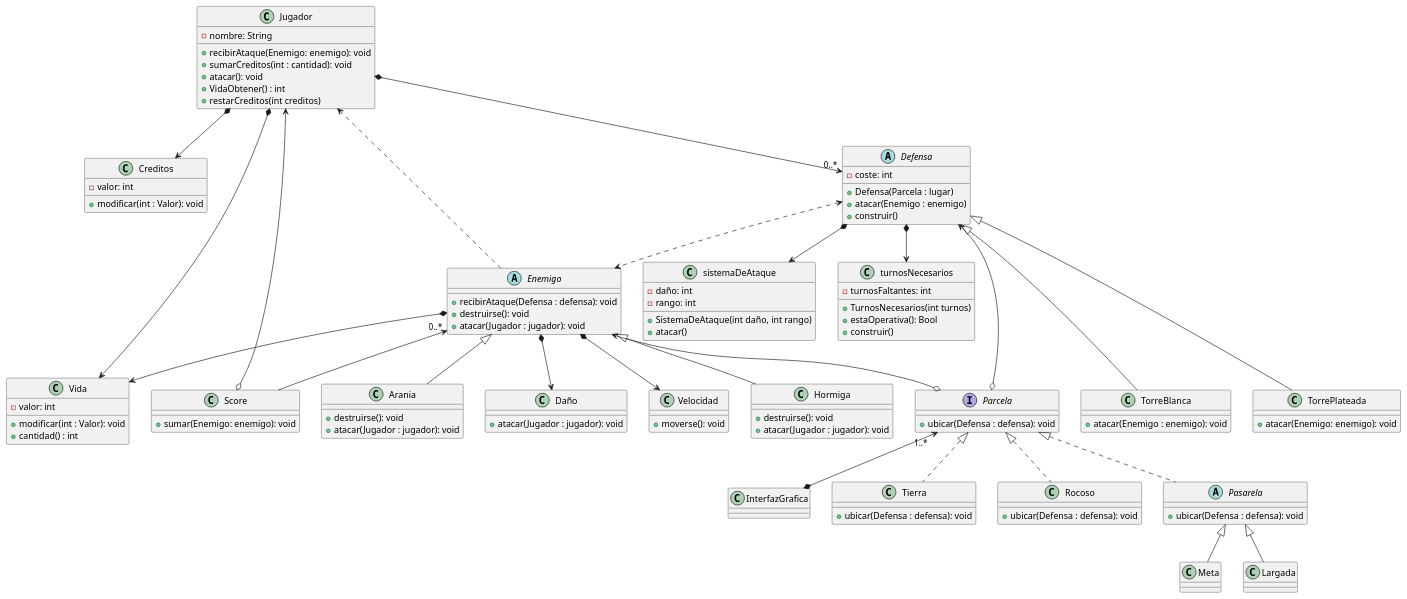
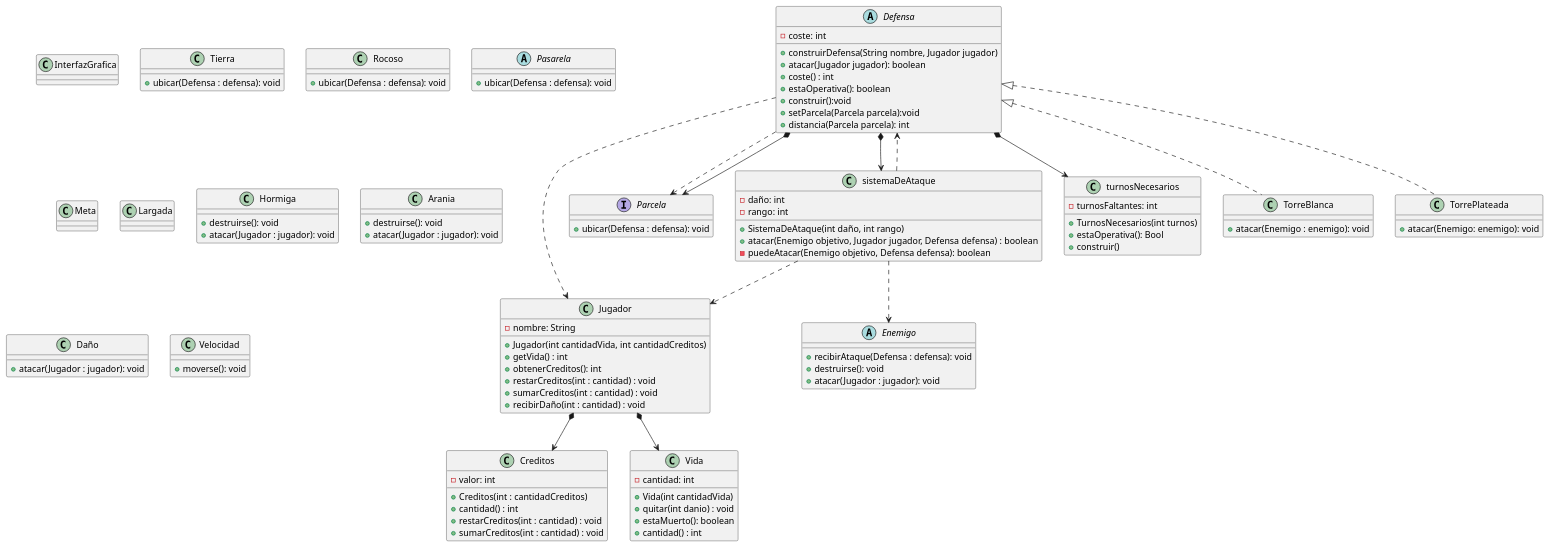
One commit to franzimbi/algo3_tp2 changed the diagram in diagrams/classes/diagrama_de_clase_tentativo.puml. Above: the diagram before and after it, drawn with PlantUML. The commit also changed 10 other files, not shown here.

```diff
--- a/diagrams/classes/diagrama_de_clase_tentativo.puml
+++ b/diagrams/classes/diagrama_de_clase_tentativo.puml
@@ -1,135 +1,152 @@
 @startuml
 'https://plantuml.com/class-diagram
 
 class Jugador {
     -nombre: String
-    +recibirAtaque(Enemigo: enemigo): void
-    +sumarCreditos(int : cantidad): void
-    +atacar(): void
-    +VidaObtener() : int
-    +restarCreditos(int creditos)
+    +Jugador(int cantidadVida, int cantidadCreditos)
+    +getVida() : int
+    +obtenerCreditos(): int
+    +restarCreditos(int : cantidad) : void
+    +sumarCreditos(int : cantidad) : void
+    +recibirDaño(int : cantidad) : void
+
 }
+Jugador  *-->  Creditos
+Jugador  *-->  Vida
 
 class Creditos {
     -valor: int
-    +modificar(int : Valor): void
+    +Creditos(int : cantidadCreditos)
+    + cantidad() : int
+    +restarCreditos(int : cantidad) : void
+    +sumarCreditos(int : cantidad) : void
 }
 
 class Vida {
-    -valor: int
-    +modificar(int : Valor): void
+    -cantidad: int
+    +Vida(int cantidadVida)
+    +quitar(int danio) : void
+    +estaMuerto(): boolean
     +cantidad() : int
-}
-
-class Score {
-    +sumar(Enemigo: enemigo): void
 }
 
 abstract class Defensa {
     -coste: int
-    +Defensa(Parcela : lugar)
-    +atacar(Enemigo : enemigo)
-    +construir()
+    +construirDefensa(String nombre, Jugador jugador)
+    +atacar(Jugador jugador): boolean
+    +coste() : int
+    +estaOperativa(): boolean
+    +construir():void
+    +setParcela(Parcela parcela):void
+    +distancia(Parcela parcela): int
 }
+Defensa ..> Parcela
+Defensa ..>Jugador
+Defensa *--> sistemaDeAtaque
+Defensa *--> turnosNecesarios
+Defensa *--> Parcela
+Defensa <|.. TorreBlanca
+Defensa <|.. TorrePlateada
+
 
 class sistemaDeAtaque{
     -daño: int
     -rango: int
     +SistemaDeAtaque(int daño, int rango)
-    +atacar()
+    +atacar(Enemigo objetivo, Jugador jugador, Defensa defensa) : boolean
+    -puedeAtacar(Enemigo objetivo, Defensa defensa): boolean
 }
+sistemaDeAtaque..>Enemigo
+sistemaDeAtaque..>Jugador
+sistemaDeAtaque..>Defensa
 
 class turnosNecesarios{
     -turnosFaltantes: int
     +TurnosNecesarios(int turnos)
     +estaOperativa(): Bool
     +construir()
 }
 
 class TorreBlanca{
     +atacar(Enemigo : enemigo): void
 }
 
 class TorrePlateada{
     +atacar(Enemigo: enemigo): void
 }
 
 
 interface Parcela {
     +ubicar(Defensa : defensa): void
 }
 
 class InterfazGrafica {}
 
 class Tierra {
     +ubicar(Defensa : defensa): void
 }
 
 class Rocoso {
     +ubicar(Defensa : defensa): void
 }
 
 abstract class Pasarela {
     +ubicar(Defensa : defensa): void
 }
 
 class Meta {}
 class Largada {}
 
 abstract class Enemigo {
     +recibirAtaque(Defensa : defensa): void
     +destruirse(): void
     +atacar(Jugador : jugador): void
 }
 
 class Hormiga {
     +destruirse(): void
     +atacar(Jugador : jugador): void
 }
 
 class Arania {
     +destruirse(): void
     +atacar(Jugador : jugador): void
 }
 
 class Daño {
     +atacar(Jugador : jugador): void
 }
 
 class Velocidad {
     +moverse(): void
 }
 
-Jugador  *-->  Creditos
-Jugador  *-->  Vida
+/'
 Jugador  *--> "0..*" Defensa
-Score  o-->  Jugador
 
 Defensa <|--- TorreBlanca
 Defensa <|--- TorrePlateada
 Defensa <..> Enemigo
-Defensa *--> sistemaDeAtaque
 Defensa *--> turnosNecesarios
 
 Parcela o--> Defensa
 Parcela "1..*" <--*  InterfazGrafica
 Parcela <|.. Tierra
 Parcela <|.. Rocoso
 Parcela <|.. Pasarela
 
 Pasarela <|-- Meta
 Pasarela <|-- Largada
 
 Enemigo <|-- Hormiga
 Enemigo <|-- Arania
 Enemigo *--> Daño
 Enemigo *--> Velocidad
-Enemigo "0..*" <--  Score
 Enemigo ..> Jugador
 Enemigo *--> Vida
-Enemigo <--o Parcela
+Enemigo <--o Parcela'/
 
 
 
 
 @enduml
```
